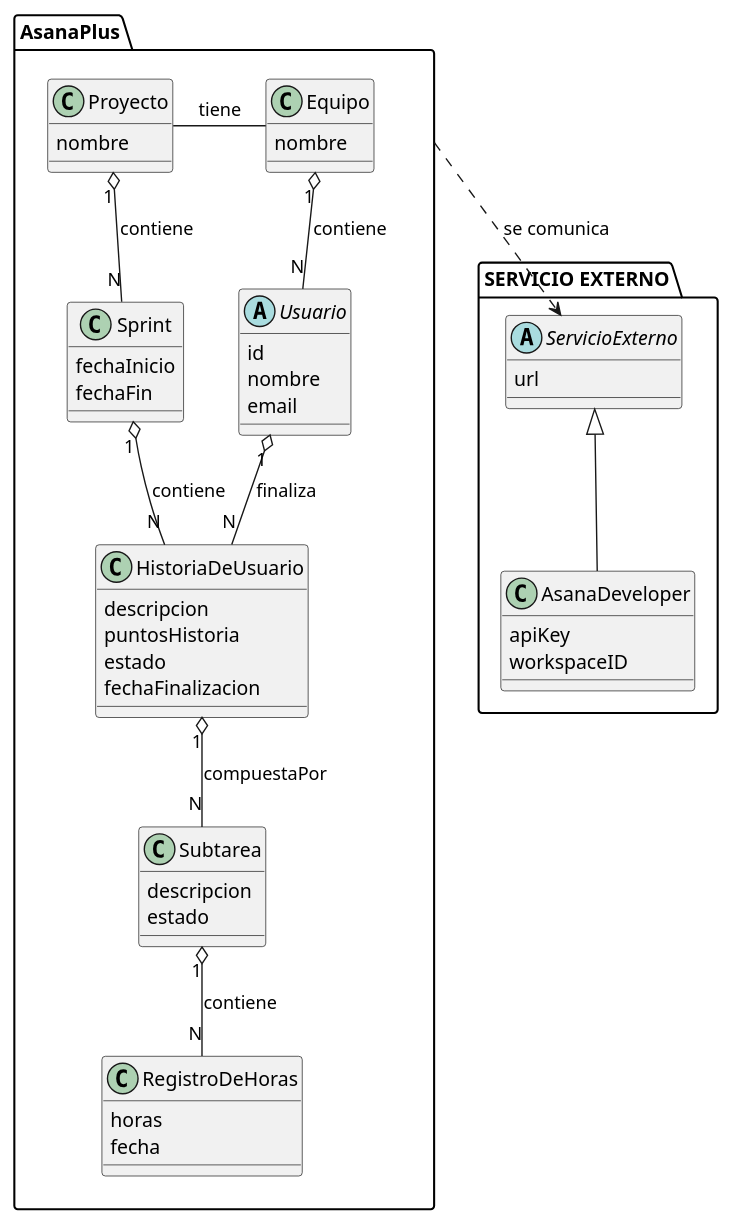
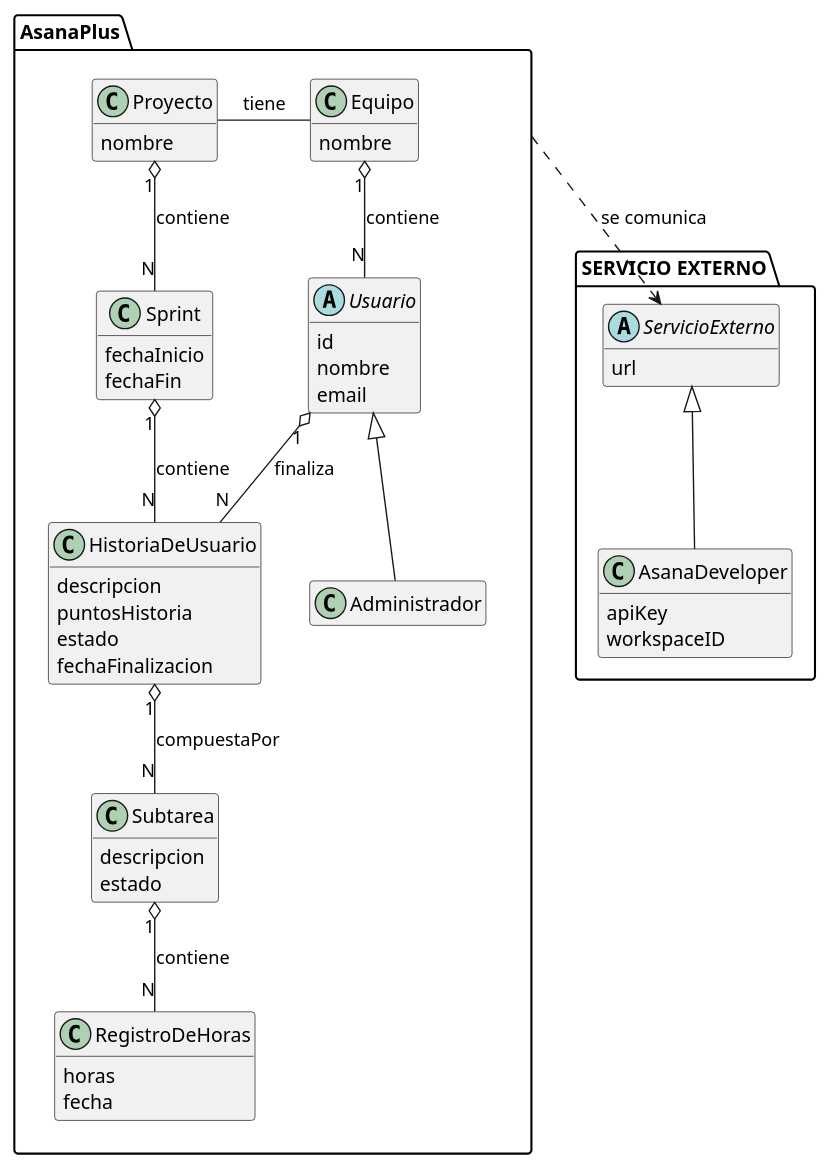
Before and after one commit to mmasias/25-26-IDSW1: the diagram in entregas/palmaCamila/ModeloDeDominio/DiagramaDeClases/DiagramaDeClases.puml, drawn with PlantUML. The commit also changed 6 other files, not shown here.

```diff
--- a/entregas/palmaCamila/ModeloDeDominio/DiagramaDeClases/DiagramaDeClases.puml
+++ b/entregas/palmaCamila/ModeloDeDominio/DiagramaDeClases/DiagramaDeClases.puml
@@ -1,62 +1,67 @@
 @startuml
 ' Asana Plus como plataforma
+hide empty members
 package "AsanaPlus" {
     abstract class Usuario {
         id
         nombre
         email
     }
 
     class Proyecto {
         nombre
     }
 
     class Sprint {
         fechaInicio
         fechaFin
     }
 
     class HistoriaDeUsuario {
         descripcion
         puntosHistoria
         estado
         fechaFinalizacion
     }
 
     class Subtarea {
         descripcion
         estado
     }
 
     class RegistroDeHoras {
         horas
         fecha
     }
+class Administrador
+{
+}
 
     class Equipo {
         nombre
     }
 
     Proyecto "1" o-- "N" Sprint : contiene
     Sprint "1" o-- "N" HistoriaDeUsuario : contiene
     HistoriaDeUsuario "1" o-- "N" Subtarea : compuestaPor
+Usuario <|-- Administrador
 
     Equipo "1" o-- "N" Usuario : contiene
     Equipo -left Proyecto : tiene
 
     Usuario "1" o-- "N" HistoriaDeUsuario : finaliza
     Subtarea "1" o-- "N" RegistroDeHoras : contiene
 }
 
 package "SERVICIO EXTERNO" {
     abstract class ServicioExterno {
         url
     }
     class AsanaDeveloper extends ServicioExterno {
         apiKey
         workspaceID
     }
 }
 
 AsanaPlus ..> ServicioExterno : se comunica
 @enduml
```
